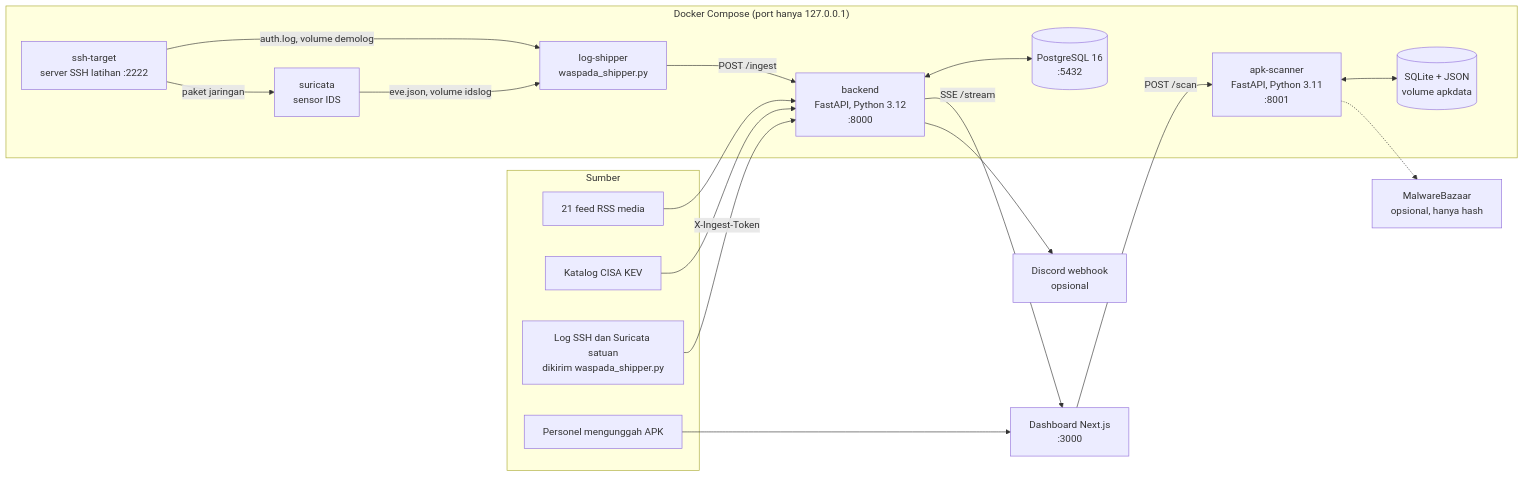
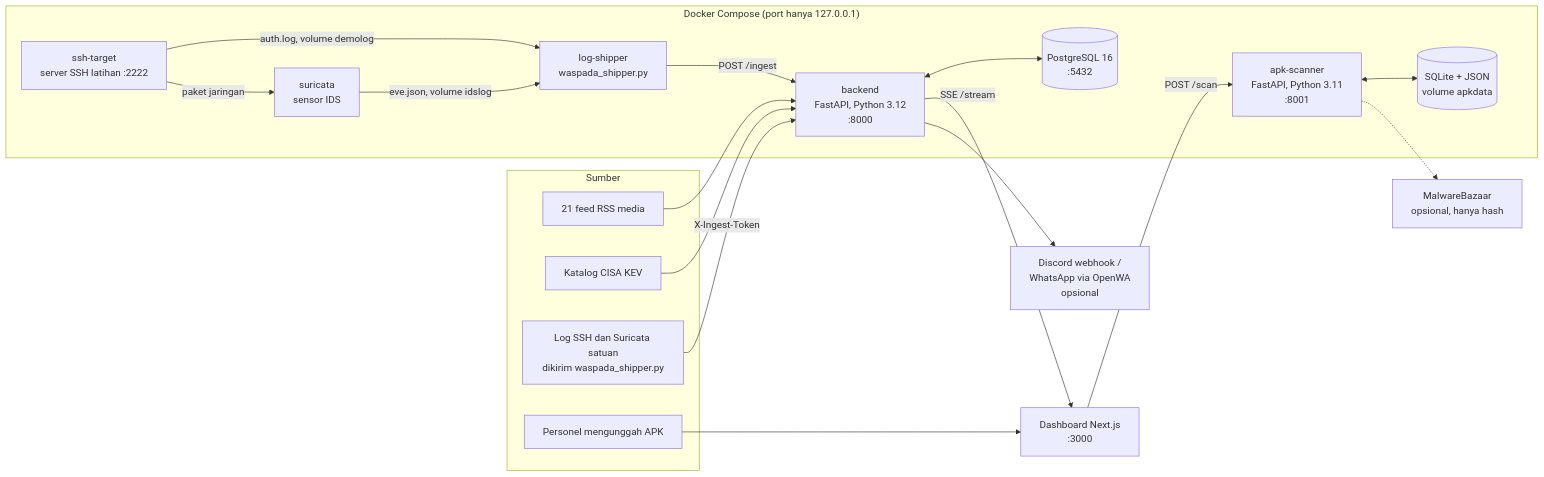
Before and after one commit to WahyuFZP/waspada: the first of 4 diagrams in ARCHITECTURE.md, drawn with Mermaid. The commit also changed other lines of this file and 6 other files, not shown here.

First line of the commit message:
SIEM: WhatsApp alerts via OpenWA and same-second sequence matching

````diff
--- a/ARCHITECTURE.md
+++ b/ARCHITECTURE.md
@@ -7,35 +7,35 @@
 ```mermaid
 flowchart LR
   subgraph Sumber
     RSS[21 feed RSS media]
     KEV[Katalog CISA KEV]
     LOG[Log SSH dan Suricata satuan<br/>dikirim waspada_shipper.py]
     USER[Personel mengunggah APK]
   end
 
   subgraph Docker["Docker Compose (port hanya 127.0.0.1)"]
     BE[backend<br/>FastAPI, Python 3.12<br/>:8000]
     DB[(PostgreSQL 16<br/>:5432)]
     SC[apk-scanner<br/>FastAPI, Python 3.11<br/>:8001]
     SQ[(SQLite + JSON<br/>volume apkdata)]
     ST[ssh-target<br/>server SSH latihan :2222]
     IDS[suricata<br/>sensor IDS]
     LS[log-shipper<br/>waspada_shipper.py]
   end
 
   FE[Dashboard Next.js<br/>:3000]
-  DC[Discord webhook<br/>opsional]
+  DC[Discord webhook /<br/>WhatsApp via OpenWA<br/>opsional]
   MB[MalwareBazaar<br/>opsional, hanya hash]
 
   RSS --> BE
   KEV --> BE
   LOG -- X-Ingest-Token --> BE
   ST -- auth.log, volume demolog --> LS -- POST /ingest --> BE
   ST -- paket jaringan --> IDS -- eve.json, volume idslog --> LS
   BE <--> DB
   BE -- SSE /stream --> FE
   BE --> DC
   USER --> FE -- POST /scan --> SC
   SC <--> SQ
   SC -.-> MB
 ```
````
